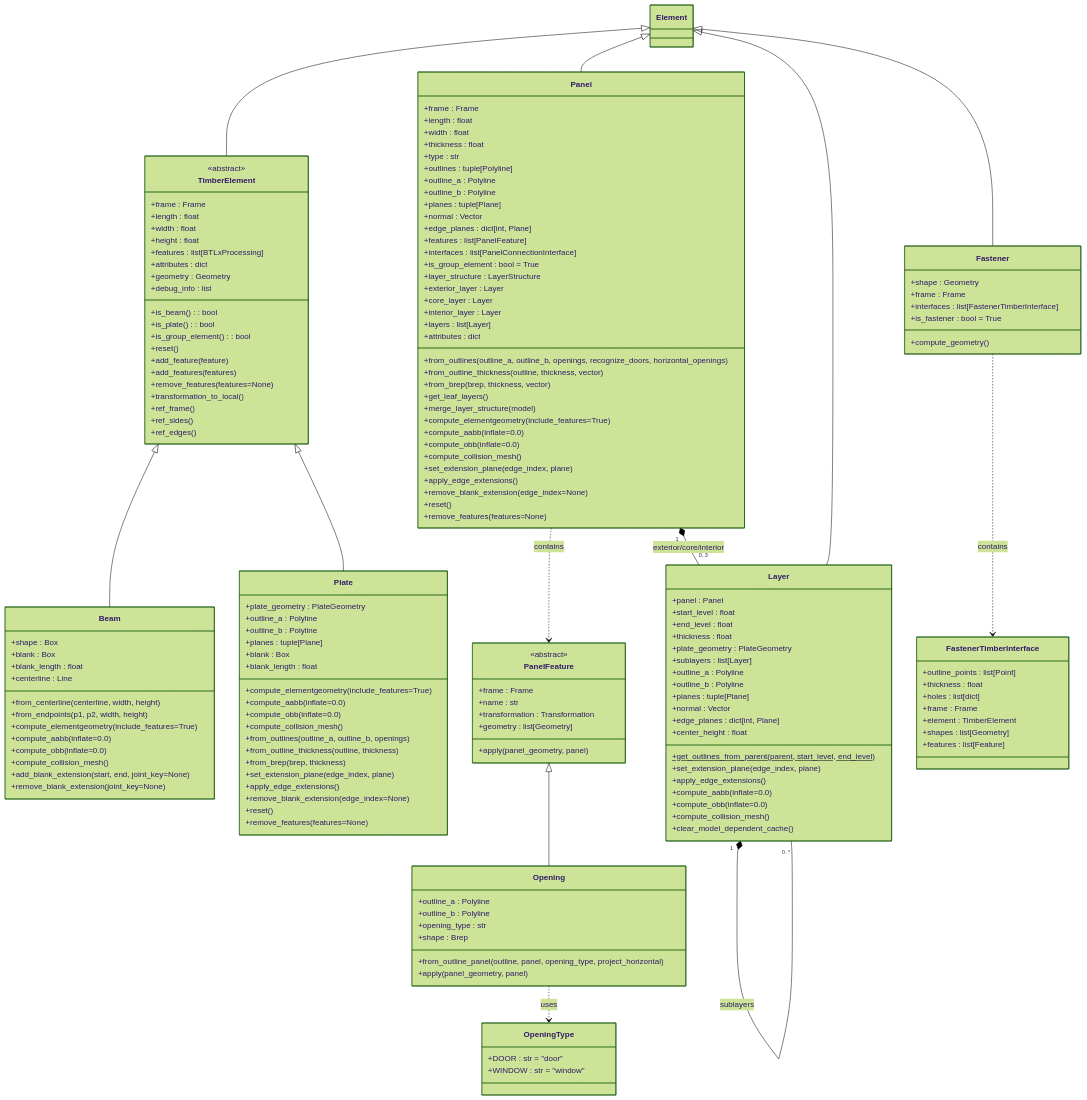
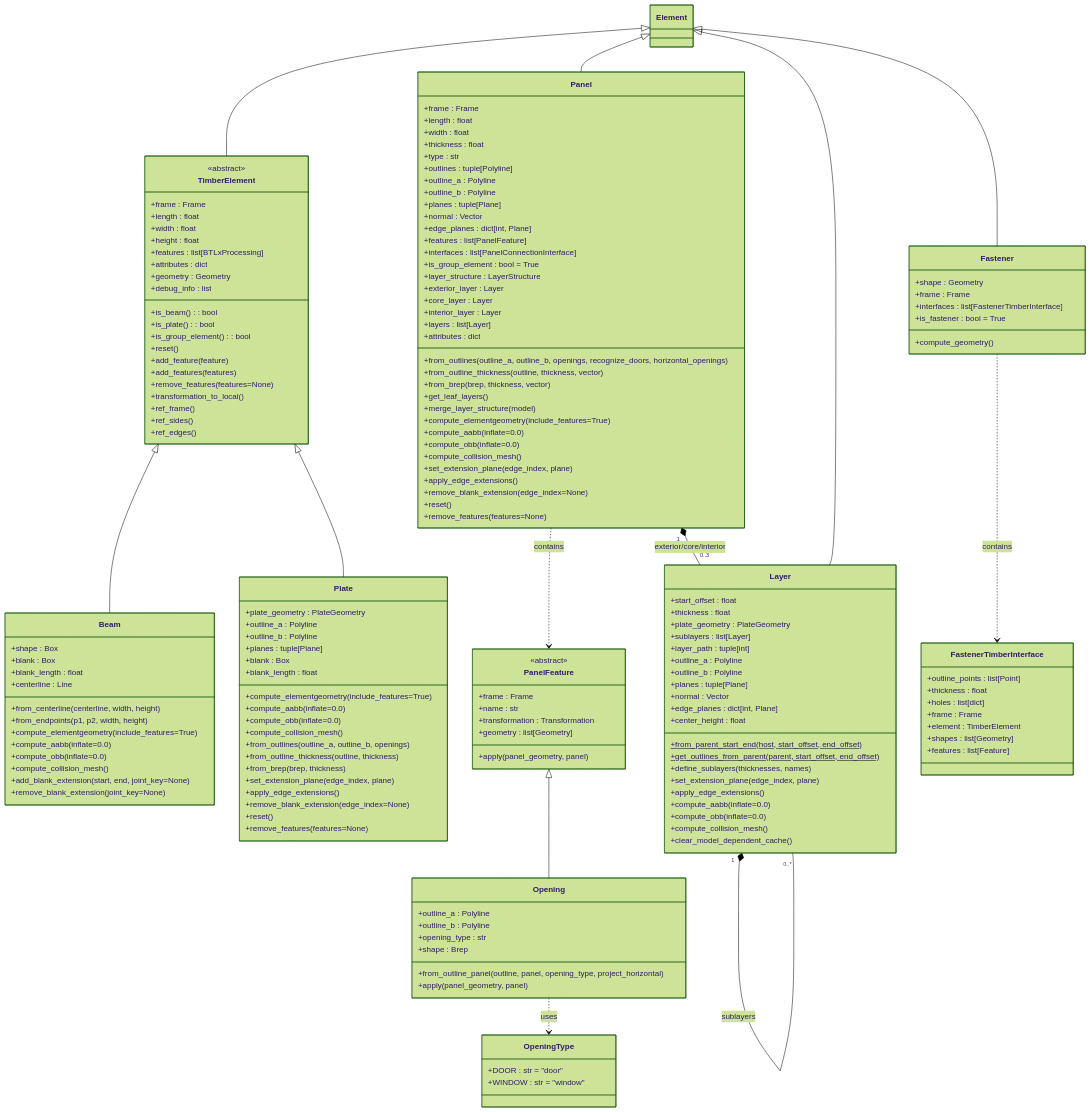
The first of 4 diagrams in docs/contribution/class_diagrams.md (gramaziokohler/compas_timber), drawn with Mermaid (forest theme) before and after one commit. The commit also changed 8 other files, not shown here.

Commit message:
remove features and panel dependency from layer

```diff
--- a/docs/contribution/class_diagrams.md
+++ b/docs/contribution/class_diagrams.md
@@ -128,19 +128,20 @@
       }
 
       class Layer {
-         +panel : Panel
-         +start_level : float
-         +end_level : float
+         +start_offset : float
          +thickness : float
          +plate_geometry : PlateGeometry
          +sublayers : list[Layer]
+         +layer_path : tuple[int]
          +outline_a : Polyline
          +outline_b : Polyline
          +planes : tuple[Plane]
          +normal : Vector
          +edge_planes : dict[int, Plane]
          +center_height : float
-         +get_outlines_from_parent(parent, start_level, end_level)$
+         +from_parent_start_end(host, start_offset, end_offset)$
+         +get_outlines_from_parent(parent, start_offset, end_offset)$
+         +define_sublayers(thicknesses, names)
          +set_extension_plane(edge_index, plane)
          +apply_edge_extensions()
          +compute_aabb(inflate=0.0)
```
